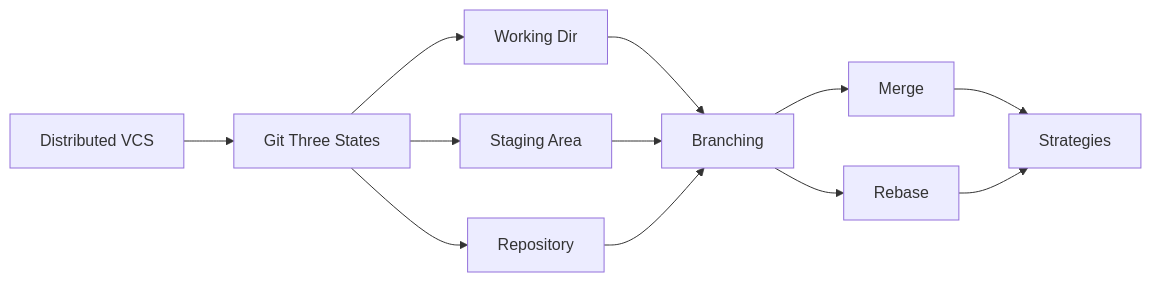
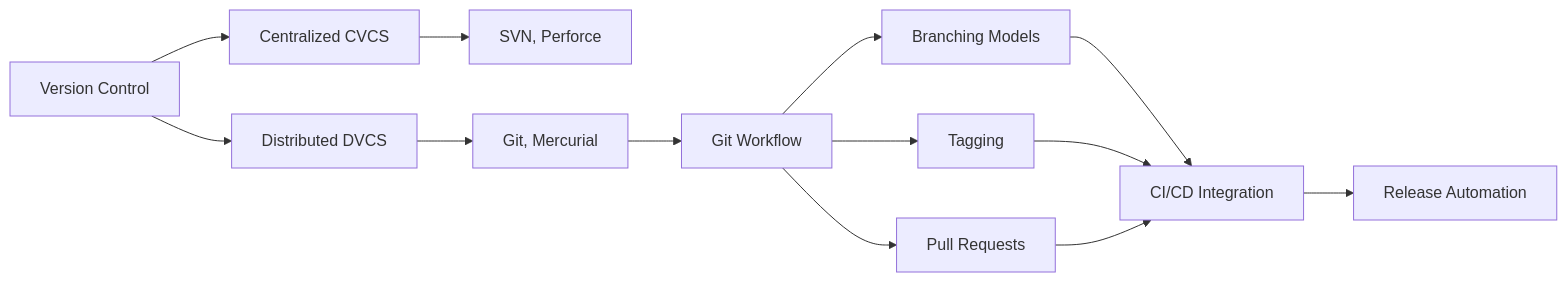
The first of 3 diagrams in docs/courses/devops/03-version-control.md (Raushan666java/ai-engineering-journey), drawn with Mermaid before and after one commit. The commit also changed other lines of this file and 62 other files, not shown here.

````diff
--- a/docs/courses/devops/03-version-control.md
+++ b/docs/courses/devops/03-version-control.md
@@ -32,11 +34,15 @@
 ```mermaid
 flowchart LR
-    A[Distributed VCS] --> B[Git Three States]
-    B --> C[Working Dir]
-    B --> D[Staging Area]
-    B --> E[Repository]
-    C & D & E --> F[Branching]
-    F --> G[Merge]
-    F --> H[Rebase]
-    G & H --> I[Strategies]
+    A[Version Control] --> B[Centralized CVCS]
+    A --> C[Distributed DVCS]
+    B --> D[SVN, Perforce]
+    C --> E[Git, Mercurial]
+    E --> F[Git Workflow]
+    F --> G[Branching Models]
+    F --> H[Tagging]
+    F --> I[Pull Requests]
+    G --> J[CI/CD Integration]
+    H --> J
+    I --> J
+    J --> K[Release Automation]
 ```
````
